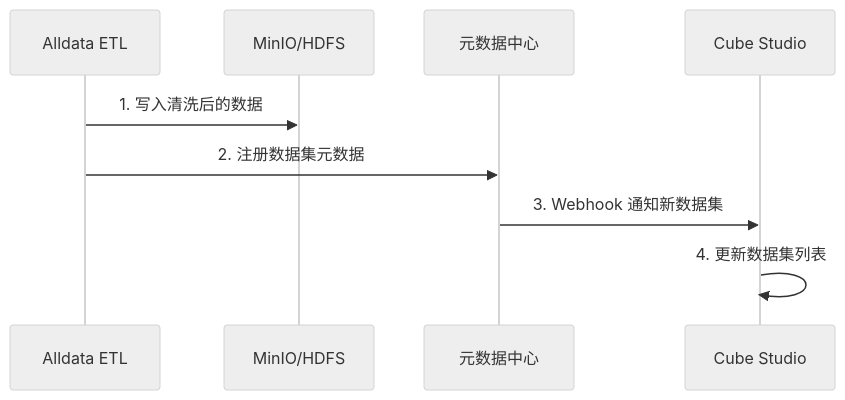
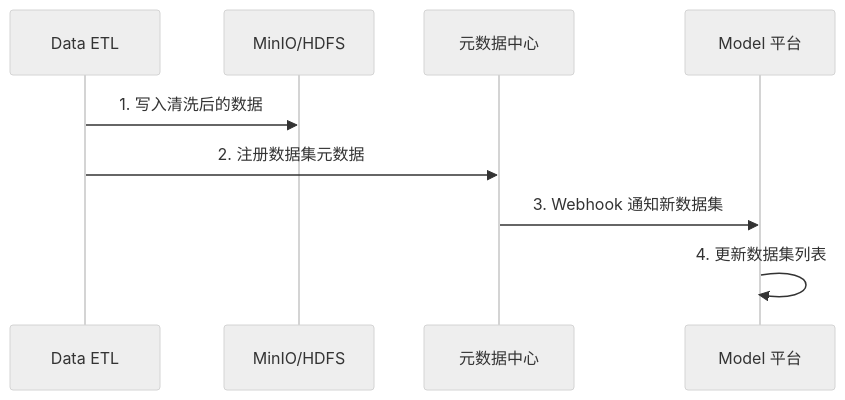
One commit to iannil/one-data-studio changed the first of 2 diagrams in docs/02-integration/data-model.md. Above: the diagram before and after it, drawn with Mermaid (neutral theme). The commit also changed other lines of this file and 58 other files, not shown here.

````diff
--- a/docs/02-integration/data-model.md
+++ b/docs/02-integration/data-model.md
@@ -42,12 +42,12 @@
 ```mermaid
 sequenceDiagram
-    participant ETL as Alldata ETL
+    participant ETL as Data ETL
     participant Storage as MinIO/HDFS
     participant Meta as 元数据中心
-    participant Cube as Cube Studio
+    participant Model as Model 平台
 
     ETL->>Storage: 1. 写入清洗后的数据
     ETL->>Meta: 2. 注册数据集元数据
-    Meta->>Cube: 3. Webhook 通知新数据集
-    Cube->>Cube: 4. 更新数据集列表
+    Meta->>Model: 3. Webhook 通知新数据集
+    Model->>Model: 4. 更新数据集列表
 ```
````
